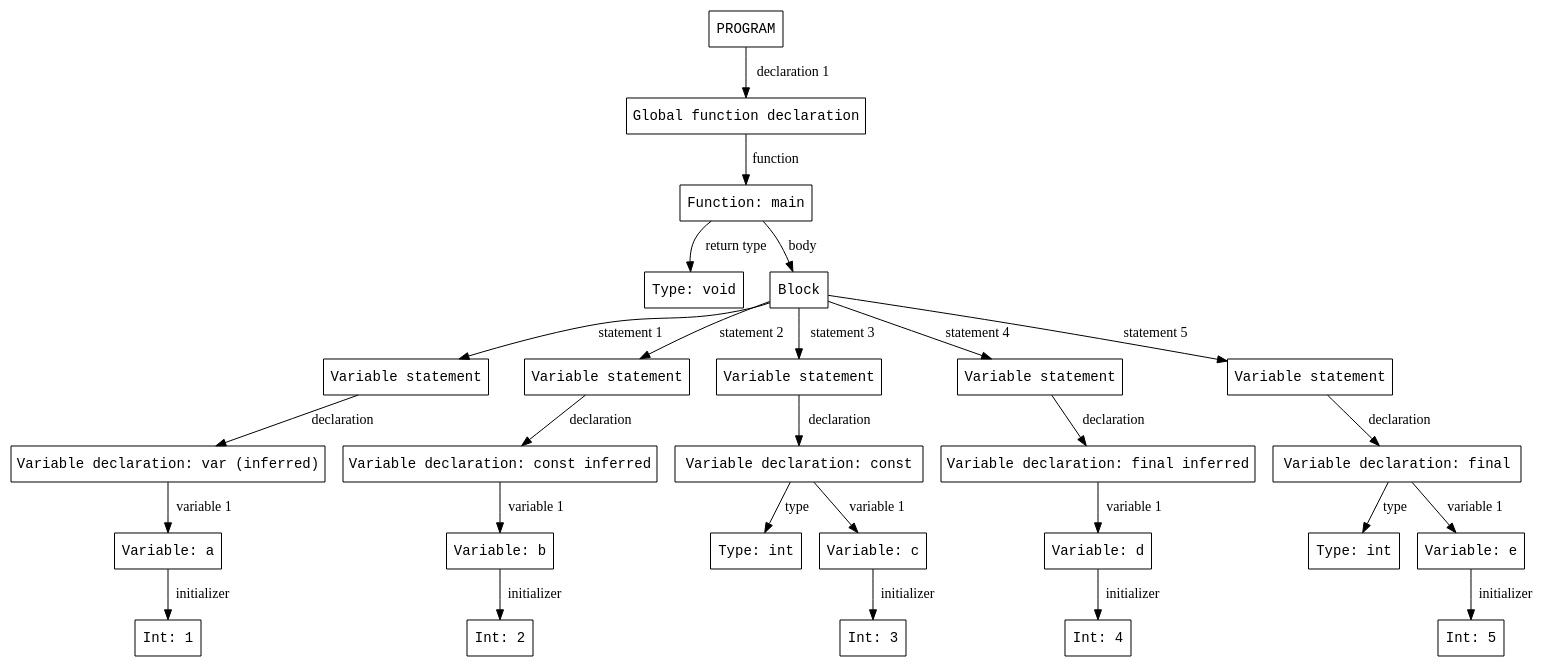
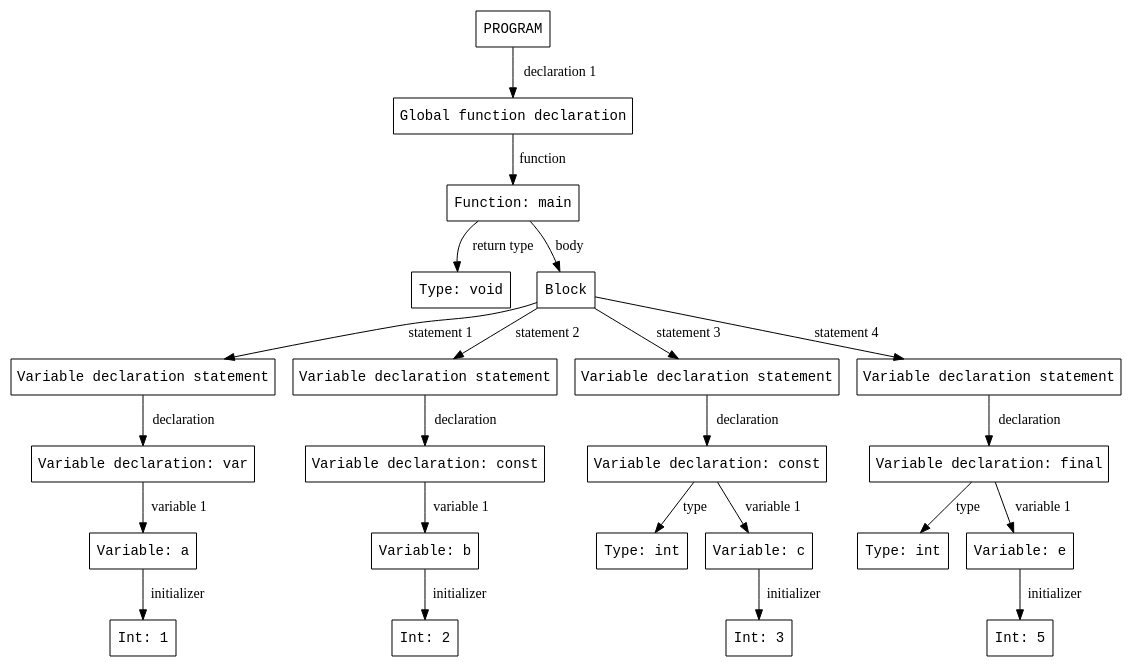
The diagram in test_parser/decl_test/output.dot (chertov-bolvan/dart-compiler), drawn with Graphviz before and after one commit. The commit also changed 16 other files, not shown here.

```diff
--- a/test_parser/decl_test/output.dot
+++ b/test_parser/decl_test/output.dot
@@ -1,61 +1,52 @@
    
      
      
       
-     
       
 digraph {
-26 [label="PROGRAM" fontname="courier" shape=rect];
-26 -> 25 [label="declaration 1"];
-25 [label="Global function declaration" fontname="courier" shape=rect];
-25 -> 24 [label="function"];
-24 [label="Function: main" fontname="courier" shape=rect];
-24 -> 23 [label="return type"];
-23 [label="Type: void" fontname="courier" shape=rect];
-24 -> 22 [label="body"];
-22 [label="Block" fontname="courier" shape=rect];
-22 -> 3 [label="statement 1"];
-3 [label="Variable statement" fontname="courier" shape=rect];
+22 [label="PROGRAM" fontname="courier" shape=rect];
+22 -> 21 [label="declaration 1"];
+21 [label="Global function declaration" fontname="courier" shape=rect];
+21 -> 20 [label="function"];
+20 [label="Function: main" fontname="courier" shape=rect];
+20 -> 19 [label="return type"];
+19 [label="Type: void" fontname="courier" shape=rect];
+20 -> 18 [label="body"];
+18 [label="Block" fontname="courier" shape=rect];
+18 -> 3 [label="statement 1"];
+3 [label="Variable declaration statement" fontname="courier" shape=rect];
 3 -> 2 [label="declaration"];
-2 [label="Variable declaration: var (inferred)" fontname="courier" shape=rect];
+2 [label="Variable declaration: var" fontname="courier" shape=rect];
 2 -> 1 [label="variable 1"];
 1 [label="Variable: a" fontname="courier" shape=rect];
 1 -> 0 [label="initializer"];
 0 [label="Int: 1" fontname="courier" shape=rect];
-22 -> 7 [label="statement 2"];
-7 [label="Variable statement" fontname="courier" shape=rect];
+18 -> 7 [label="statement 2"];
+7 [label="Variable declaration statement" fontname="courier" shape=rect];
 7 -> 6 [label="declaration"];
-6 [label="Variable declaration: const inferred" fontname="courier" shape=rect];
+6 [label="Variable declaration: const" fontname="courier" shape=rect];
 6 -> 5 [label="variable 1"];
 5 [label="Variable: b" fontname="courier" shape=rect];
 5 -> 4 [label="initializer"];
 4 [label="Int: 2" fontname="courier" shape=rect];
-22 -> 12 [label="statement 3"];
-12 [label="Variable statement" fontname="courier" shape=rect];
+18 -> 12 [label="statement 3"];
+12 [label="Variable declaration statement" fontname="courier" shape=rect];
 12 -> 11 [label="declaration"];
-11 [label="Variable declaration: const " fontname="courier" shape=rect];
+11 [label="Variable declaration: const" fontname="courier" shape=rect];
 11 -> 8 [label="type"];
 8 [label="Type: int" fontname="courier" shape=rect];
 11 -> 10 [label="variable 1"];
 10 [label="Variable: c" fontname="courier" shape=rect];
 10 -> 9 [label="initializer"];
 9 [label="Int: 3" fontname="courier" shape=rect];
-22 -> 16 [label="statement 4"];
-16 [label="Variable statement" fontname="courier" shape=rect];
-16 -> 15 [label="declaration"];
-15 [label="Variable declaration: final inferred" fontname="courier" shape=rect];
-15 -> 14 [label="variable 1"];
-14 [label="Variable: d" fontname="courier" shape=rect];
-14 -> 13 [label="initializer"];
-13 [label="Int: 4" fontname="courier" shape=rect];
-22 -> 21 [label="statement 5"];
-21 [label="Variable statement" fontname="courier" shape=rect];
-21 -> 20 [label="declaration"];
-20 [label="Variable declaration: final " fontname="courier" shape=rect];
-20 -> 17 [label="type"];
-17 [label="Type: int" fontname="courier" shape=rect];
-20 -> 19 [label="variable 1"];
-19 [label="Variable: e" fontname="courier" shape=rect];
-19 -> 18 [label="initializer"];
-18 [label="Int: 5" fontname="courier" shape=rect];
+18 -> 17 [label="statement 4"];
+17 [label="Variable declaration statement" fontname="courier" shape=rect];
+17 -> 16 [label="declaration"];
+16 [label="Variable declaration: final" fontname="courier" shape=rect];
+16 -> 13 [label="type"];
+13 [label="Type: int" fontname="courier" shape=rect];
+16 -> 15 [label="variable 1"];
+15 [label="Variable: e" fontname="courier" shape=rect];
+15 -> 14 [label="initializer"];
+14 [label="Int: 5" fontname="courier" shape=rect];
 }
```
